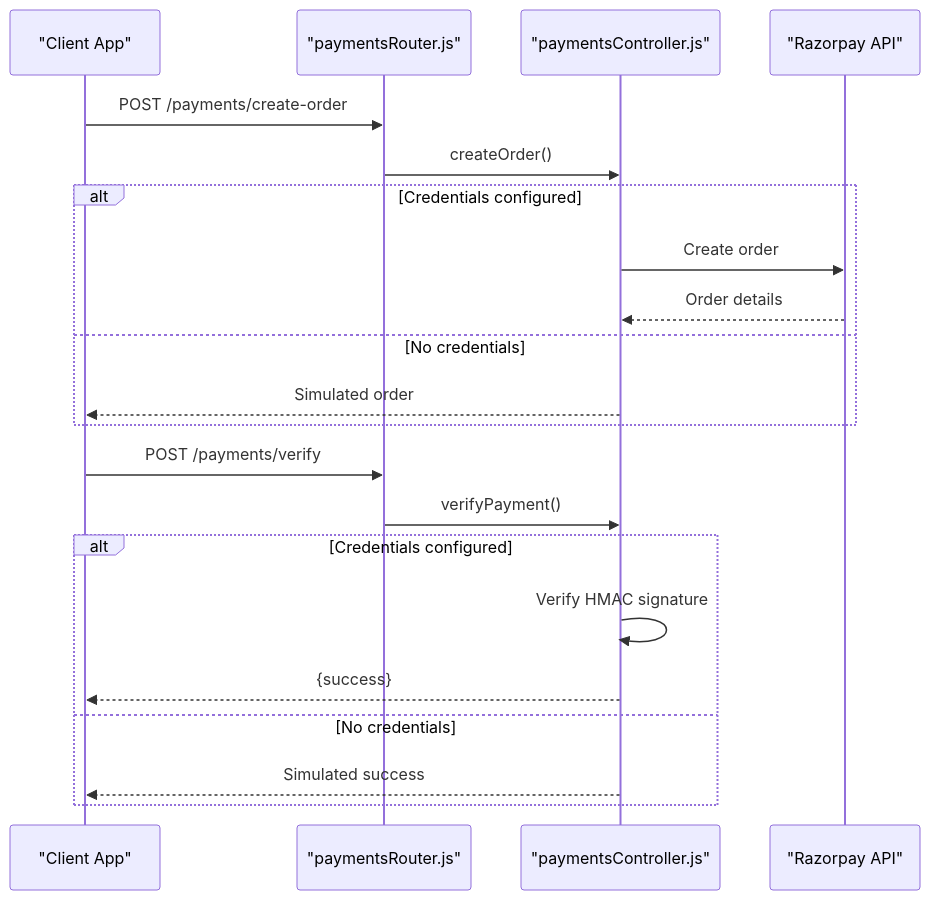
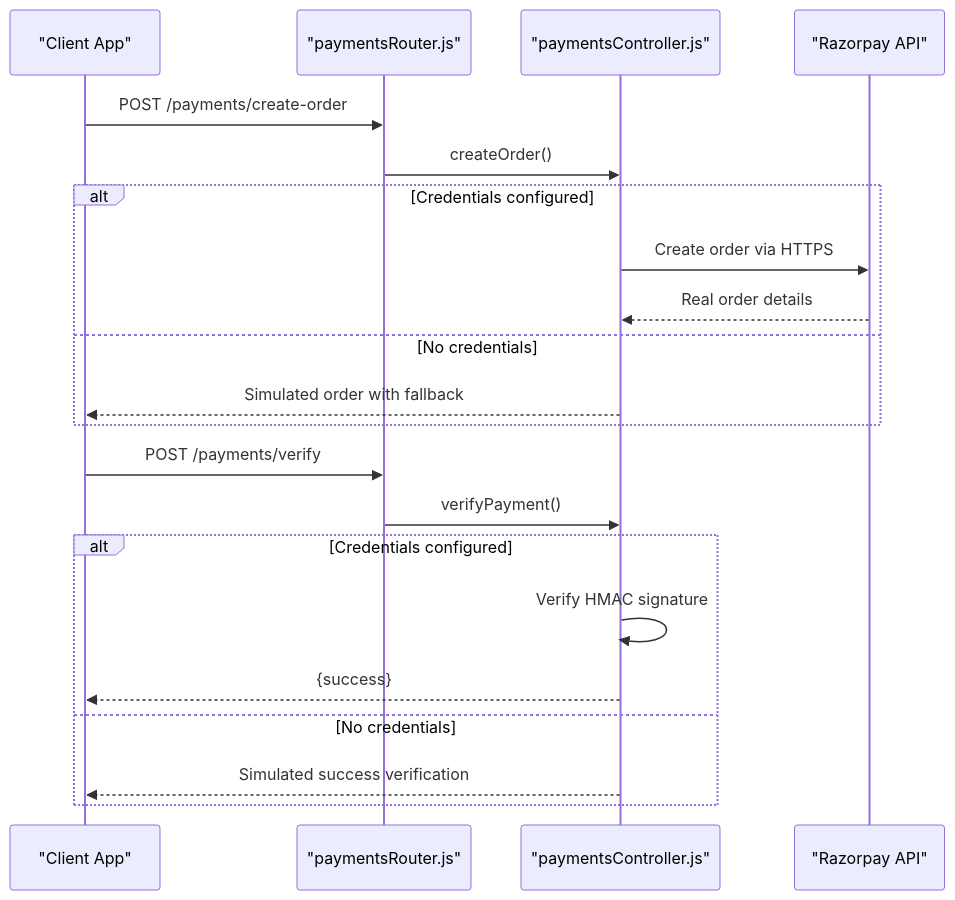
One commit to meghanamallela69-tech/event changed the fourth of 8 diagrams in .qoder/repowiki/en/content/Booking and Payment System/Payment Processing System.md. Above: the diagram before and after it, drawn with Mermaid. The commit also changed other lines of this file and 63 other files, not shown here.

````diff
--- a/.qoder/repowiki/en/content/Booking and Payment System/Payment Processing System.md
+++ b/.qoder/repowiki/en/content/Booking and Payment System/Payment Processing System.md
@@ -227,23 +241,23 @@
 ```mermaid
 sequenceDiagram
 participant Client as "Client App"
 participant Router as "paymentsRouter.js"
 participant Ctrl as "paymentsController.js"
 participant Razorpay as "Razorpay API"
 Client->>Router : POST /payments/create-order
 Router->>Ctrl : createOrder()
 alt Credentials configured
-Ctrl->>Razorpay : Create order
-Razorpay-->>Ctrl : Order details
+Ctrl->>Razorpay : Create order via HTTPS
+Razorpay-->>Ctrl : Real order details
 else No credentials
-Ctrl-->>Client : Simulated order
+Ctrl-->>Client : Simulated order with fallback
 end
 Client->>Router : POST /payments/verify
 Router->>Ctrl : verifyPayment()
 alt Credentials configured
 Ctrl->>Ctrl : Verify HMAC signature
 Ctrl-->>Client : {success}
 else No credentials
-Ctrl-->>Client : Simulated success
+Ctrl-->>Client : Simulated success verification
 end
 ```
````
